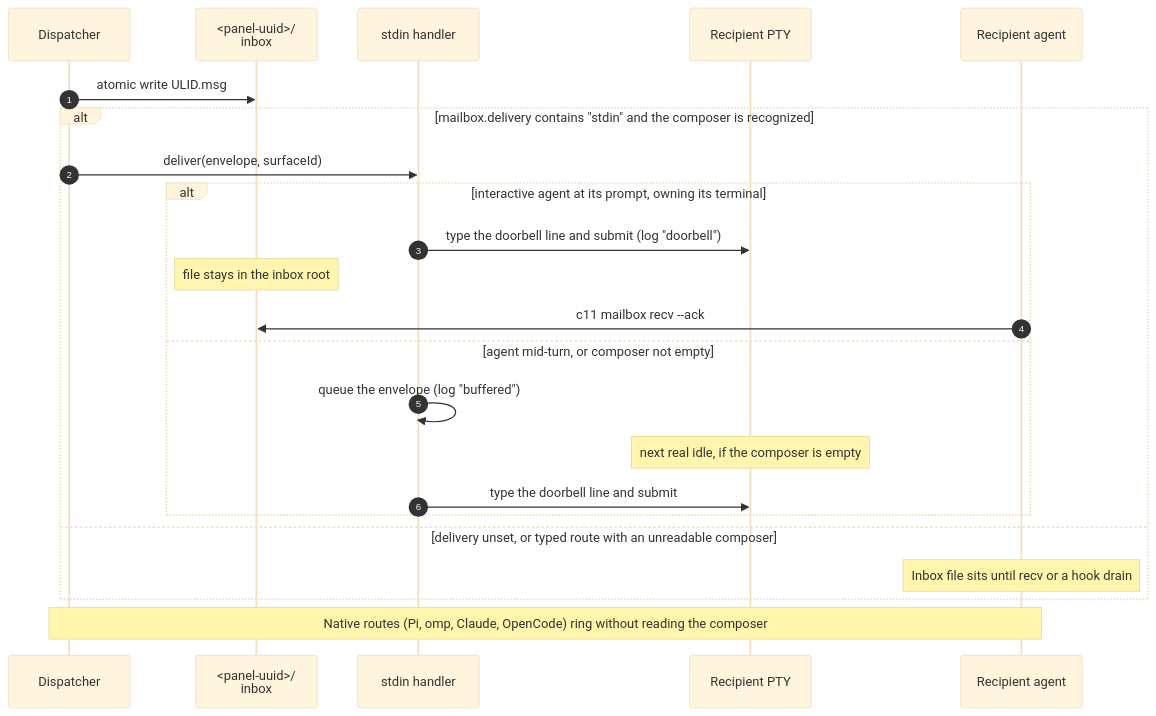
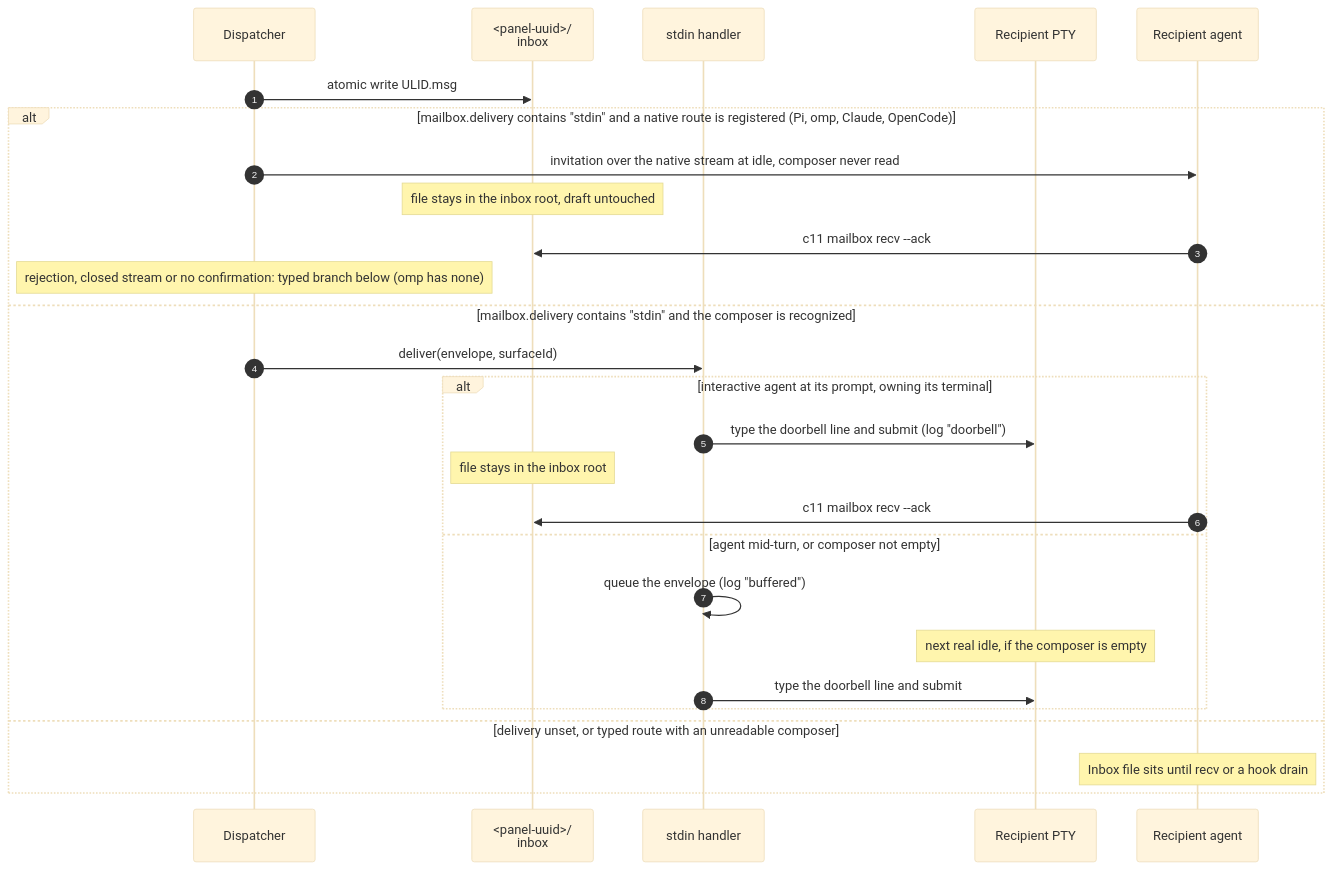
One commit to Stage-11-Agentics/c11 changed the third of 6 diagrams in docs/c11-mailbox-guide.md. Above: the diagram before and after it, drawn with Mermaid (base theme). The commit also changed other lines of this file and 1 other file, not shown here.

Commit message:
C11-479: native reasons in the dispatch-log table; native branch in the receive-flow diagram

````diff
--- a/docs/c11-mailbox-guide.md
+++ b/docs/c11-mailbox-guide.md
@@ -254,26 +254,30 @@
 ```mermaid
 sequenceDiagram
     autonumber
     participant D as Dispatcher
     participant Inbox as <panel-uuid>/<br/>inbox
     participant SH as stdin handler
     participant PTY as Recipient PTY
     participant Agent as Recipient agent
 
     D->>Inbox: atomic write ULID.msg
-    alt mailbox.delivery contains "stdin" and the composer is recognized
+    alt mailbox.delivery contains "stdin" and a native route is registered (Pi, omp, Claude, OpenCode)
+        D->>Agent: invitation over the native stream at idle, composer never read
+        Note over Inbox: file stays in the inbox root, draft untouched
+        Agent->>Inbox: c11 mailbox recv --ack
+        Note over D: rejection, closed stream or no confirmation: typed branch below (omp has none)
+    else mailbox.delivery contains "stdin" and the composer is recognized
         D->>SH: deliver(envelope, surfaceId)
         alt interactive agent at its prompt, owning its terminal
             SH->>PTY: type the doorbell line and submit (log "doorbell")
             Note over Inbox: file stays in the inbox root
             Agent->>Inbox: c11 mailbox recv --ack
         else agent mid-turn, or composer not empty
             SH->>SH: queue the envelope (log "buffered")
             Note over PTY: next real idle, if the composer is empty
             SH->>PTY: type the doorbell line and submit
         end
     else delivery unset, or typed route with an unreadable composer
         Note over Agent: Inbox file sits until recv or a hook drain
     end
-    Note over D,Agent: Native routes (Pi, omp, Claude, OpenCode) ring without reading the composer
 ```
````
